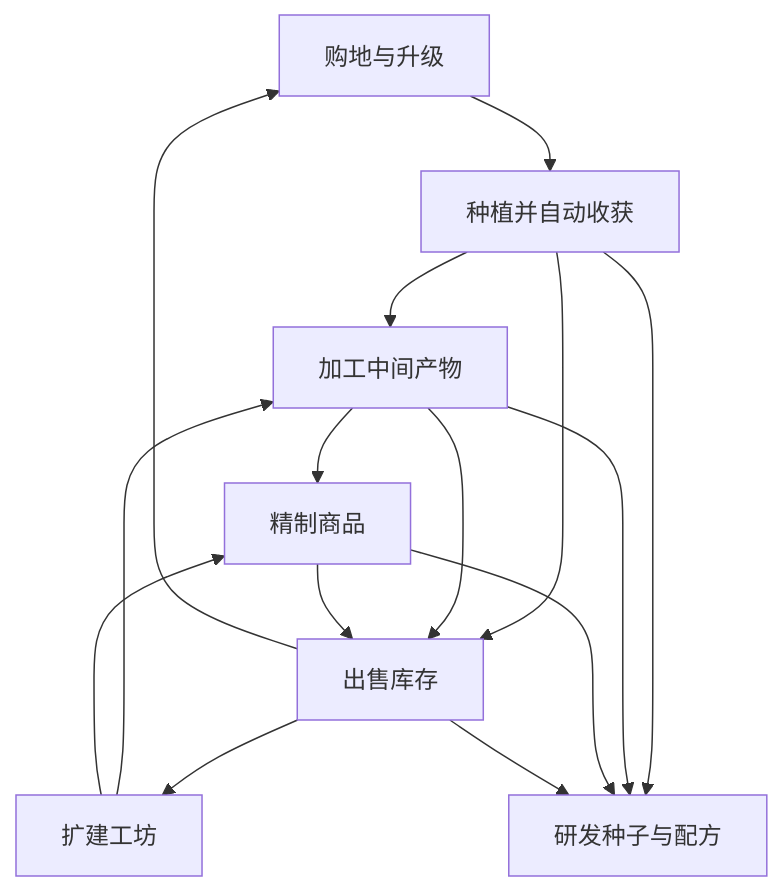
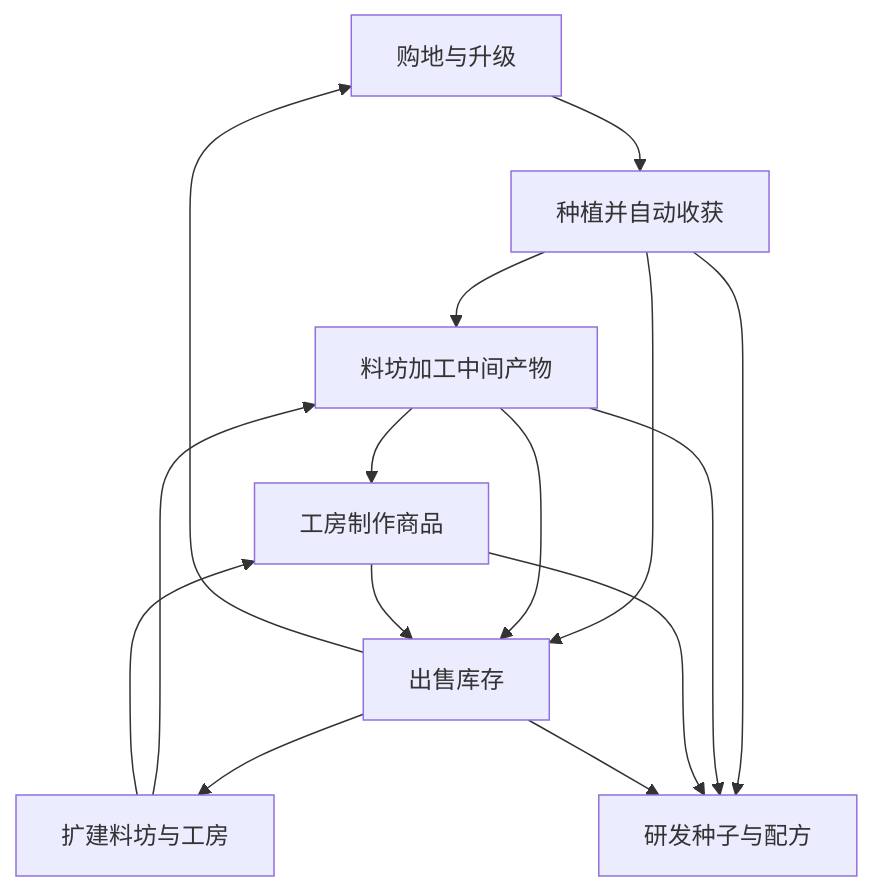
Before and after one commit to eeg1412/idle-farm: the diagram in docs/game-design.md, drawn with Mermaid. The commit also changed other lines of this file and 162 other files, not shown here.

````diff
--- a/docs/game-design.md
+++ b/docs/game-design.md
@@ -45,17 +45,17 @@
 ```mermaid
 flowchart TD
     A[购地与升级] --> B[种植并自动收获]
-    B --> C[加工中间产物]
-    C --> D[精制商品]
+    B --> C[料坊加工中间产物]
+    C --> D[工房制作商品]
     B --> E[出售库存]
     C --> E
     D --> E
     E --> A
-    E --> F[扩建工坊]
+    E --> F[扩建料坊与工房]
     F --> C
     F --> D
     B --> G[研发种子与配方]
     C --> G
     D --> G
     E --> G
 ```
````
